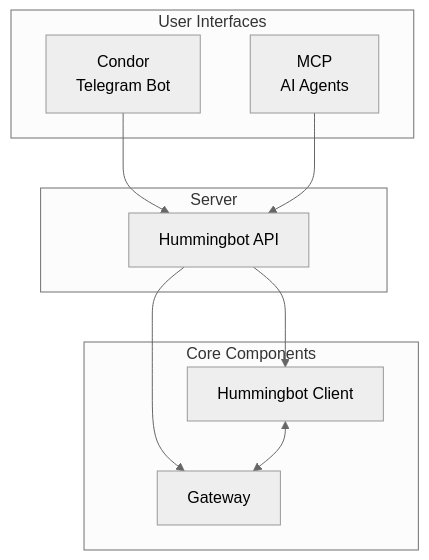
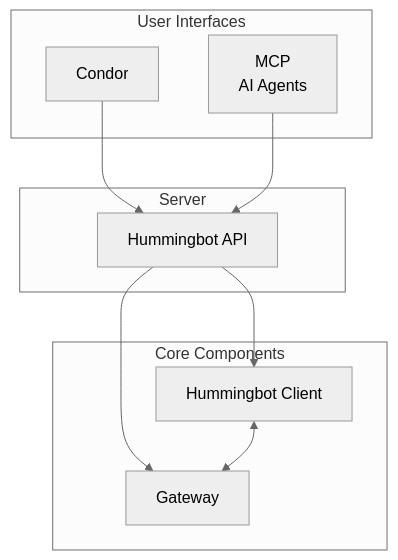
One commit to hummingbot/hummingbot-site changed the diagram in docs/index.md. Above: the diagram before and after it, drawn with Mermaid (neutral theme). The commit also changed 11 other files, not shown here.

````diff
--- a/docs/index.md
+++ b/docs/index.md
@@ -84,22 +84,22 @@
 ```mermaid
 graph TB
     subgraph "User Interfaces"
-        CONDOR[Condor<br/>Telegram Bot]
+        CONDOR[Condor]
         MCP[MCP<br/>AI Agents]
     end
 
     subgraph "Server"
         API[Hummingbot API]
     end
 
     subgraph "Core Components"
         CLIENT[Hummingbot Client]
         GATEWAY[Gateway]
     end
 
     CONDOR --> API
     MCP --> API
     API --> CLIENT
     API --> GATEWAY
     CLIENT <--> GATEWAY
 ```
````
